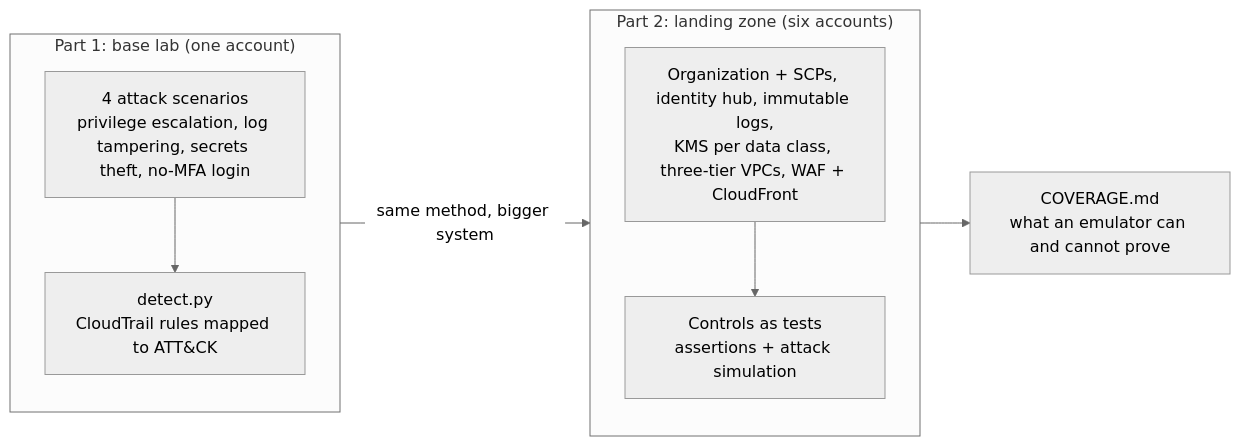
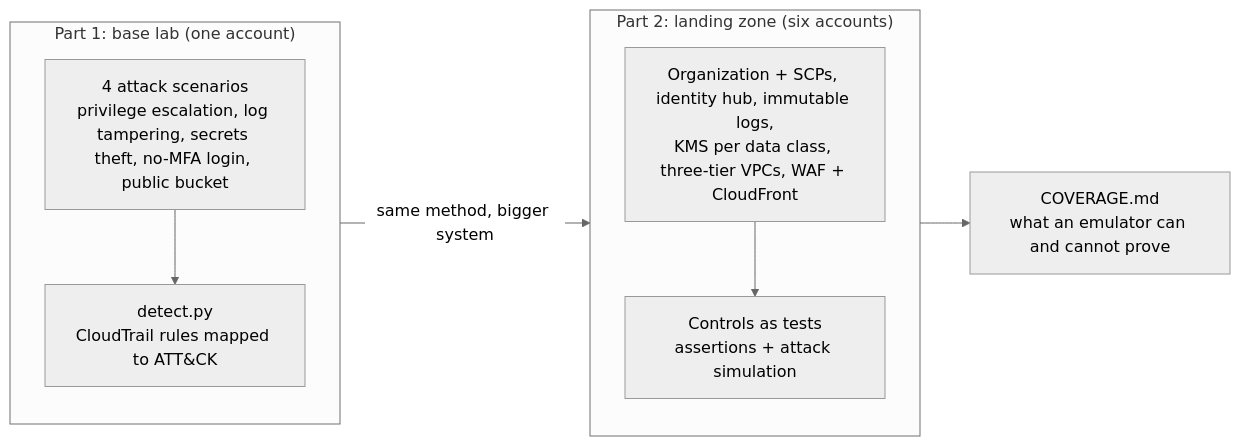
Before and after one commit to roshanrt/aws-security-lab: the diagram in README.md, drawn with Mermaid (neutral theme). The commit also changed other lines of this file and 11 other files, not shown here.

First line of the commit message:
Add scenario 5: public bucket and data exfiltration

````diff
--- a/README.md
+++ b/README.md
@@ -13,17 +13,17 @@
 ```mermaid
 flowchart LR
   subgraph P1["Part 1: base lab (one account)"]
     direction TB
-    S1["4 attack scenarios<br/>privilege escalation, log tampering, secrets theft, no-MFA login"]
+    S1["4 attack scenarios<br/>privilege escalation, log tampering, secrets theft, no-MFA login, public bucket"]
     D1["detect.py<br/>CloudTrail rules mapped to ATT&CK"]
     S1 --> D1
   end
   subgraph P2["Part 2: landing zone (six accounts)"]
     direction TB
     L["Organization + SCPs, identity hub, immutable logs,<br/>KMS per data class, three-tier VPCs, WAF + CloudFront"]
     T["Controls as tests<br/>assertions + attack simulation"]
     L --> T
   end
   P1 -->|"same method, bigger system"| P2
   P2 --> C["COVERAGE.md<br/>what an emulator can and cannot prove"]
 ```
````
